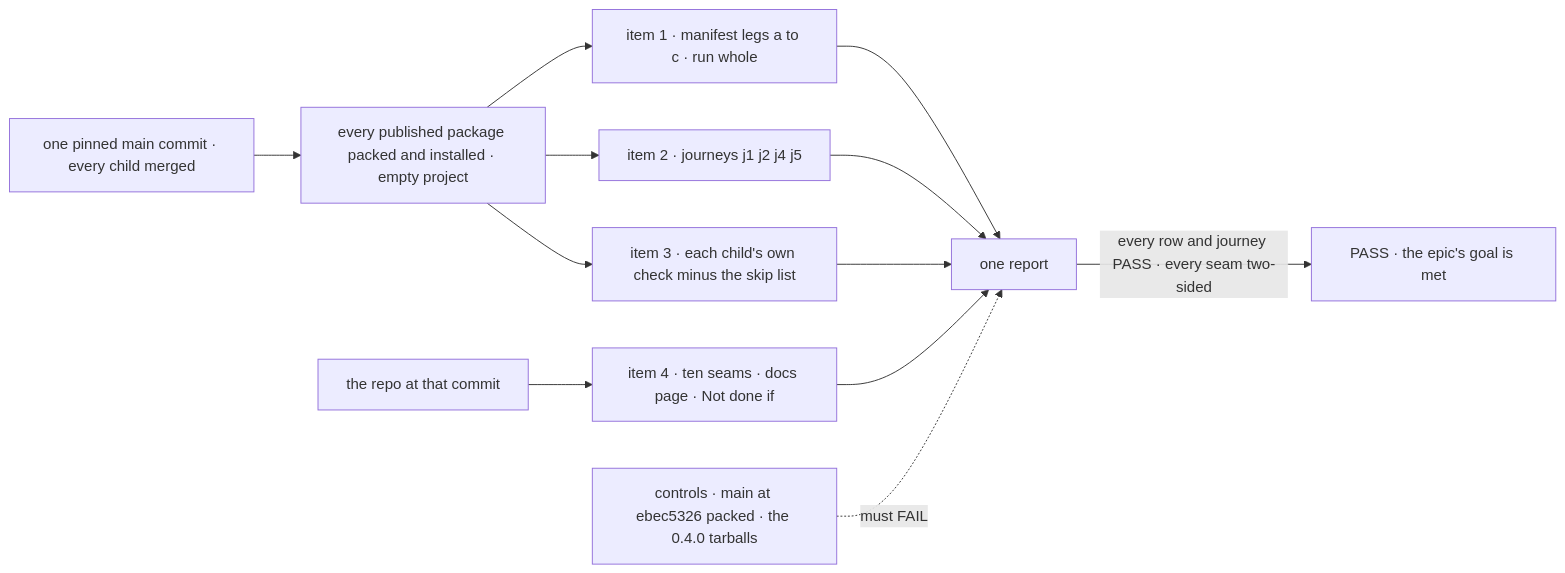
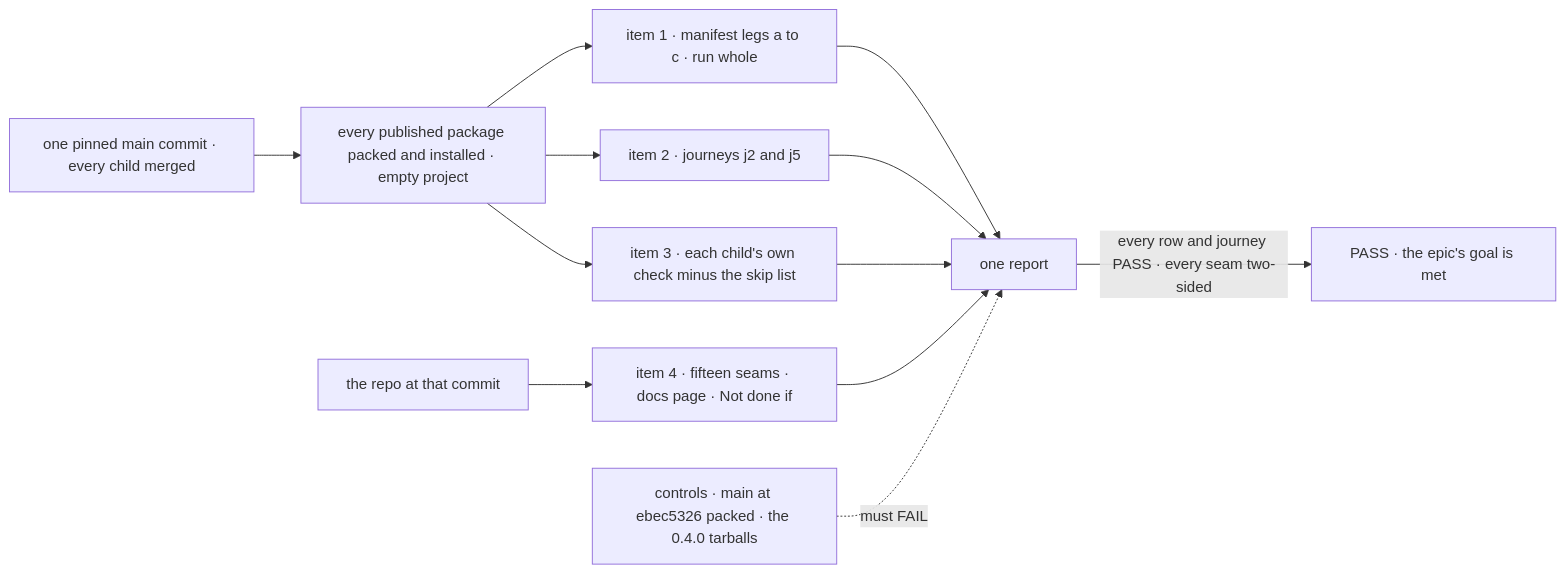
The first of 2 diagrams in specs/issues/FIX-2562/SPEC.md (fixpoint-labs/flow-state-dev), drawn with Mermaid before and after one commit. The commit also changed other lines of this file and 2 other files, not shown here.

````diff
--- a/specs/issues/FIX-2562/SPEC.md
+++ b/specs/issues/FIX-2562/SPEC.md
@@ -29,11 +30,11 @@
 ```mermaid
 flowchart LR
   M["one pinned main commit · every child merged"] --> I["every published package packed and installed · empty project"]
   I --> L["item 1 · manifest legs a to c · run whole"]
-  I --> J["item 2 · journeys j1 j2 j4 j5"]
+  I --> J["item 2 · journeys j2 and j5"]
   I --> K["item 3 · each child's own check minus the skip list"]
-  R["the repo at that commit"] --> S["item 4 · ten seams · docs page · Not done if"]
+  R["the repo at that commit"] --> S["item 4 · fifteen seams · docs page · Not done if"]
   L & J & K & S --> T["one report"]
   T -->|"every row and journey PASS · every seam two-sided"| P["PASS · the epic's goal is met"]
   C["controls · main at ebec5326 packed · the 0.4.0 tarballs"] -.->|"must FAIL"| T
 ```
````
